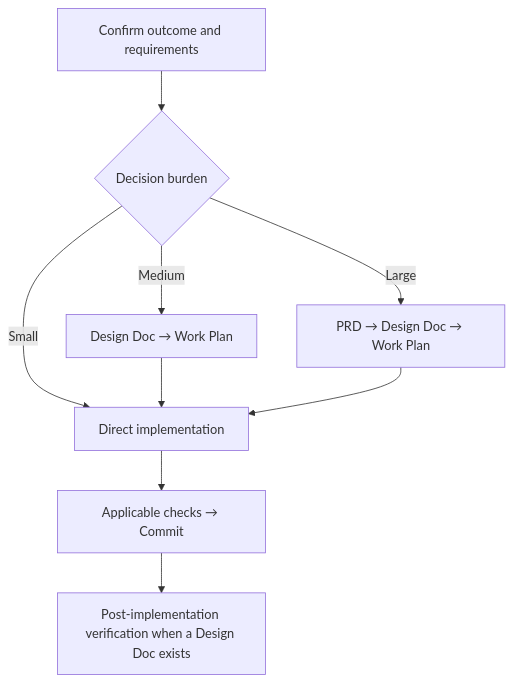
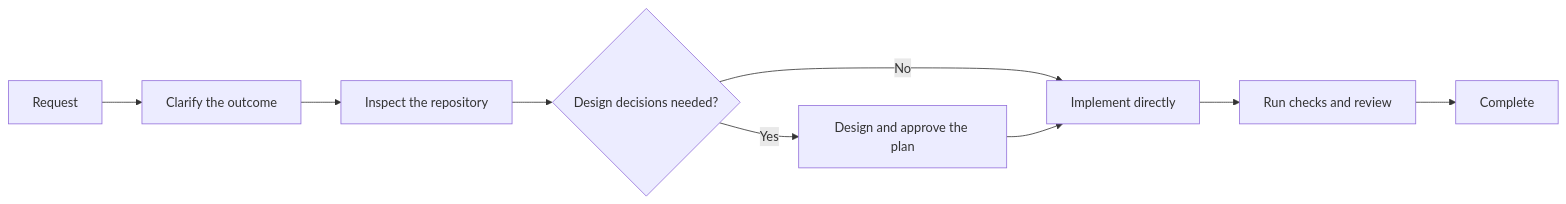
Before and after one commit to shinpr/ai-coding-project-boilerplate: the diagram in README.md, drawn with Mermaid. The commit also changed other lines of this file and 1 other file, not shown here.

````diff
--- a/README.md
+++ b/README.md
@@ -43,11 +71,11 @@
 ```mermaid
-flowchart TD
-    R[Confirm outcome and requirements] --> S{Decision burden}
-    S -->|Small| I[Direct implementation]
-    S -->|Medium| D[Design Doc → Work Plan]
-    S -->|Large| P[PRD → Design Doc → Work Plan]
-    D --> I
-    P --> I
-    I --> Q[Applicable checks → Commit]
-    Q --> V[Post-implementation verification when a Design Doc exists]
+flowchart LR
+    A[Request] --> B[Clarify the outcome]
+    B --> C[Inspect the repository]
+    C --> D{Design decisions needed?}
+    D -->|No| E[Implement directly]
+    D -->|Yes| F[Design and approve the plan]
+    F --> E
+    E --> G[Run checks and review]
+    G --> H[Complete]
 ```
````
